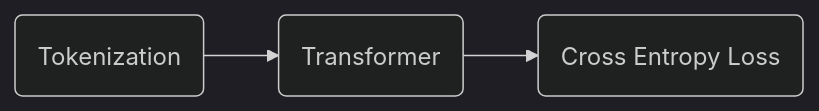
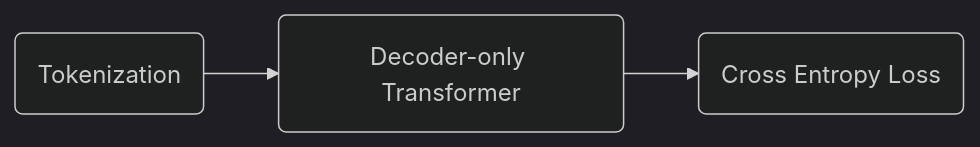
The first of 8 diagrams in docs/llm-essential-forward-pass.md (ChrisZhu2050/chriszhu2050.github.io), drawn with Mermaid (dark theme) before and after one commit. The commit also changed 3 other files, not shown here.

````diff
--- a/docs/llm-essential-forward-pass.md
+++ b/docs/llm-essential-forward-pass.md
@@ -6,6 +6,6 @@
   ```mermaid
         graph LR
-            A("`Tokenization`") --> D("`Transformer`") --> I("`Cross Entropy Loss`") 
+            A("`Tokenization`") --> D("`Decoder-only Transformer`") --> I("`Cross Entropy Loss`") 
             click D "#Forward-Transformer"
             click I "#Forward-Cross-Entropy-Loss"
   ```
````
